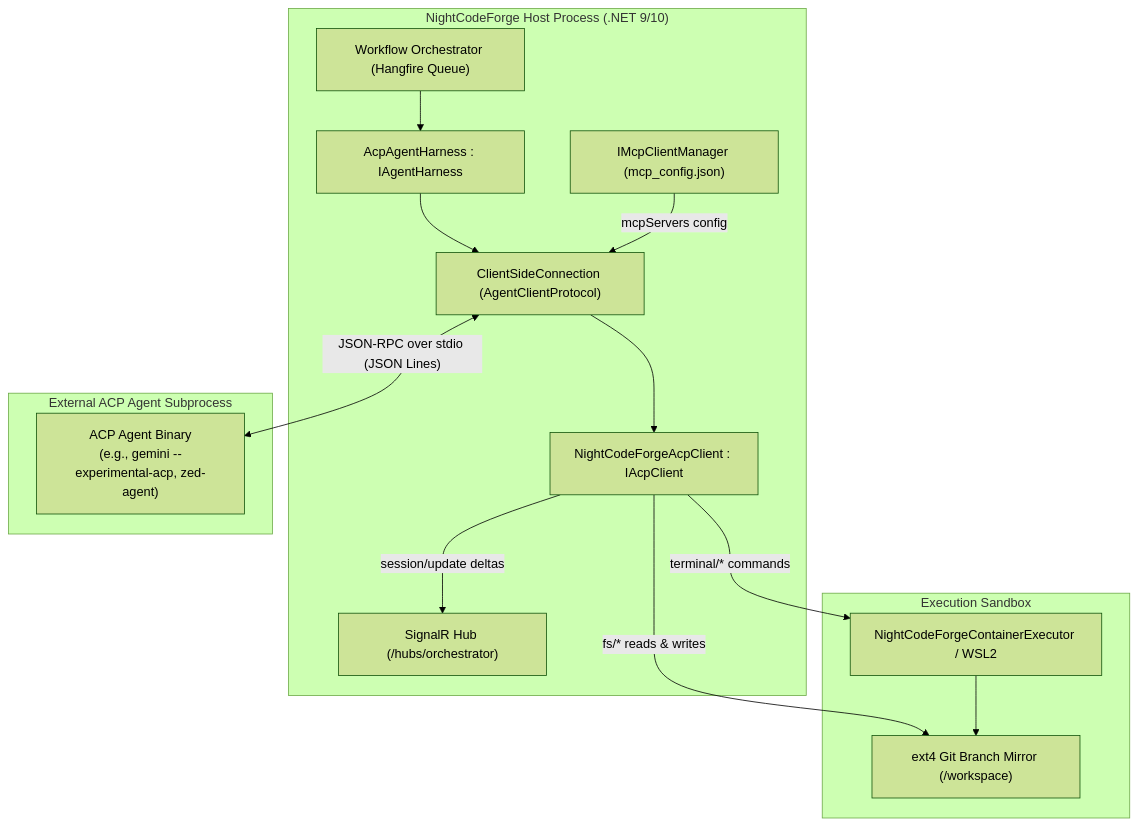
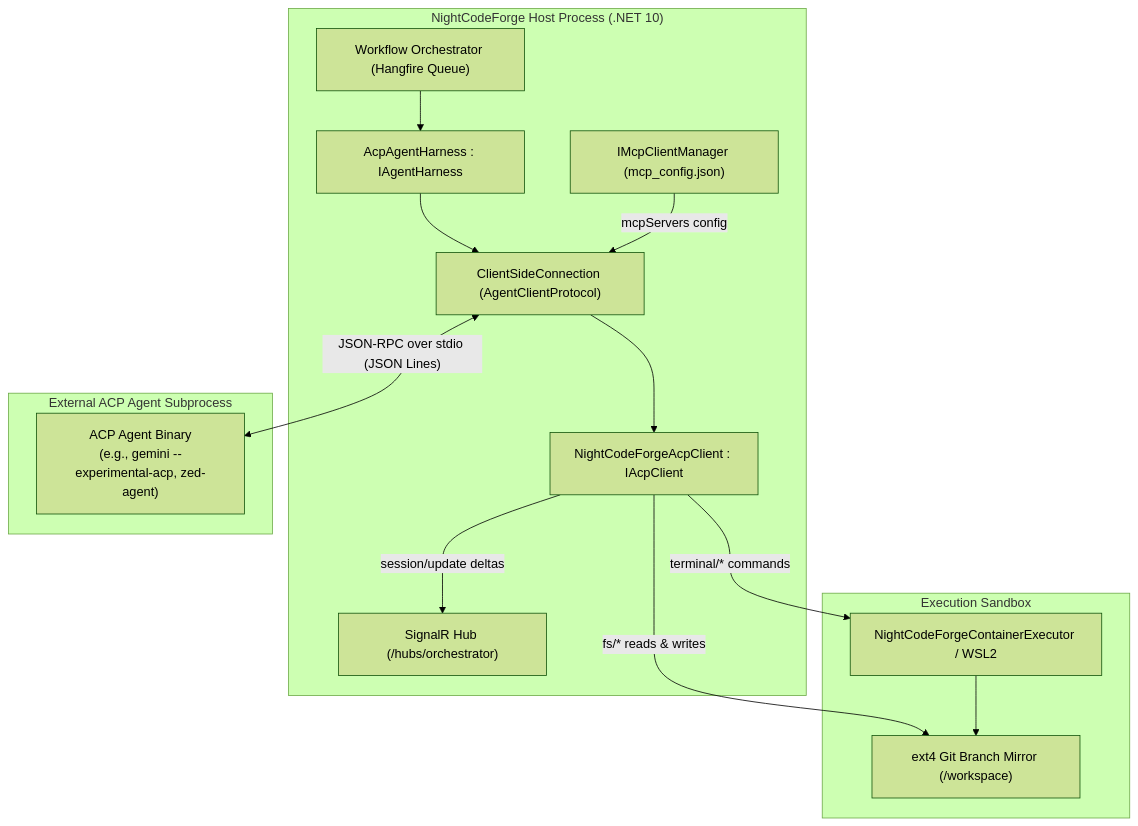
One commit to jetelain/NightCodeForge changed the first of 2 diagrams in docs/ACP.md. Above: the diagram before and after it, drawn with Mermaid (forest theme). The commit also changed other lines of this file and 7 other files, not shown here.

````diff
--- a/docs/ACP.md
+++ b/docs/ACP.md
@@ -22,30 +22,30 @@
 ```mermaid
 flowchart TD
-    subgraph Host ["NightCodeForge Host Process (.NET 9/10)"]
+    subgraph Host ["NightCodeForge Host Process (.NET 10)"]
         Orchestrator["Workflow Orchestrator (Hangfire Queue)"]
         Harness["AcpAgentHarness : IAgentHarness"]
         Conn["ClientSideConnection (AgentClientProtocol)"]
         ClientImpl["NightCodeForgeAcpClient : IAcpClient"]
         SignalR["SignalR Hub (/hubs/orchestrator)"]
         McpMgr["IMcpClientManager (mcp_config.json)"]
     end
 
     subgraph AgentProcess ["External ACP Agent Subprocess"]
         AgentBinary["ACP Agent Binary\n(e.g., gemini --experimental-acp, zed-agent)"]
     end
 
     subgraph Sandbox ["Execution Sandbox"]
         Executor["NightCodeForgeContainerExecutor / WSL2"]
         Ext4Git["ext4 Git Branch Mirror (/workspace)"]
     end
 
     Orchestrator --> Harness
     Harness --> Conn
     Conn <-->|"JSON-RPC over stdio (JSON Lines)"| AgentBinary
     Conn --> ClientImpl
     ClientImpl -->|"session/update deltas"| SignalR
     ClientImpl -->|"terminal/* commands"| Executor
     ClientImpl -->|"fs/* reads & writes"| Ext4Git
     McpMgr -->|"mcpServers config"| Conn
     Executor --> Ext4Git
 ```
````
